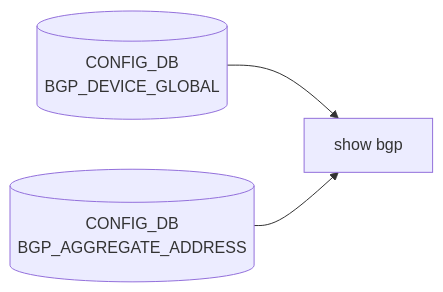
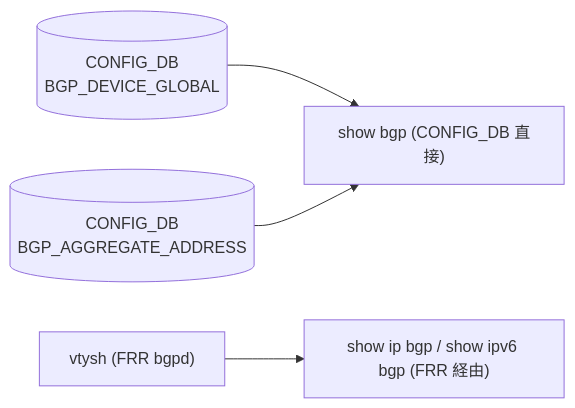
The diagram in docs/reference/cli/show-bgp.md (aoki-taquan/sonic-unofficial-docs), drawn with Mermaid before and after one commit. The commit also changed other lines of this file and 3 other files, not shown here.

First line of the commit message:
review(batch-058): fix DB refs, YANG module, sibling links, BGP mermaid

````diff
--- a/docs/reference/cli/show-bgp.md
+++ b/docs/reference/cli/show-bgp.md
@@ -154,8 +154,11 @@
 ```mermaid
 flowchart LR
-  CLI["show bgp"]
+  CLI_BGP["show bgp (CONFIG_DB 直接)"]
+  CLI_IPBGP["show ip bgp / show ipv6 bgp (FRR 経由)"]
   CDB0[("CONFIG_DB<br/>BGP_DEVICE_GLOBAL")]
-  CDB0 --> CLI
   CDB1[("CONFIG_DB<br/>BGP_AGGREGATE_ADDRESS")]
-  CDB1 --> CLI
+  FRR["vtysh (FRR bgpd)"]
+  CDB0 --> CLI_BGP
+  CDB1 --> CLI_BGP
+  FRR --> CLI_IPBGP
 ```
````
